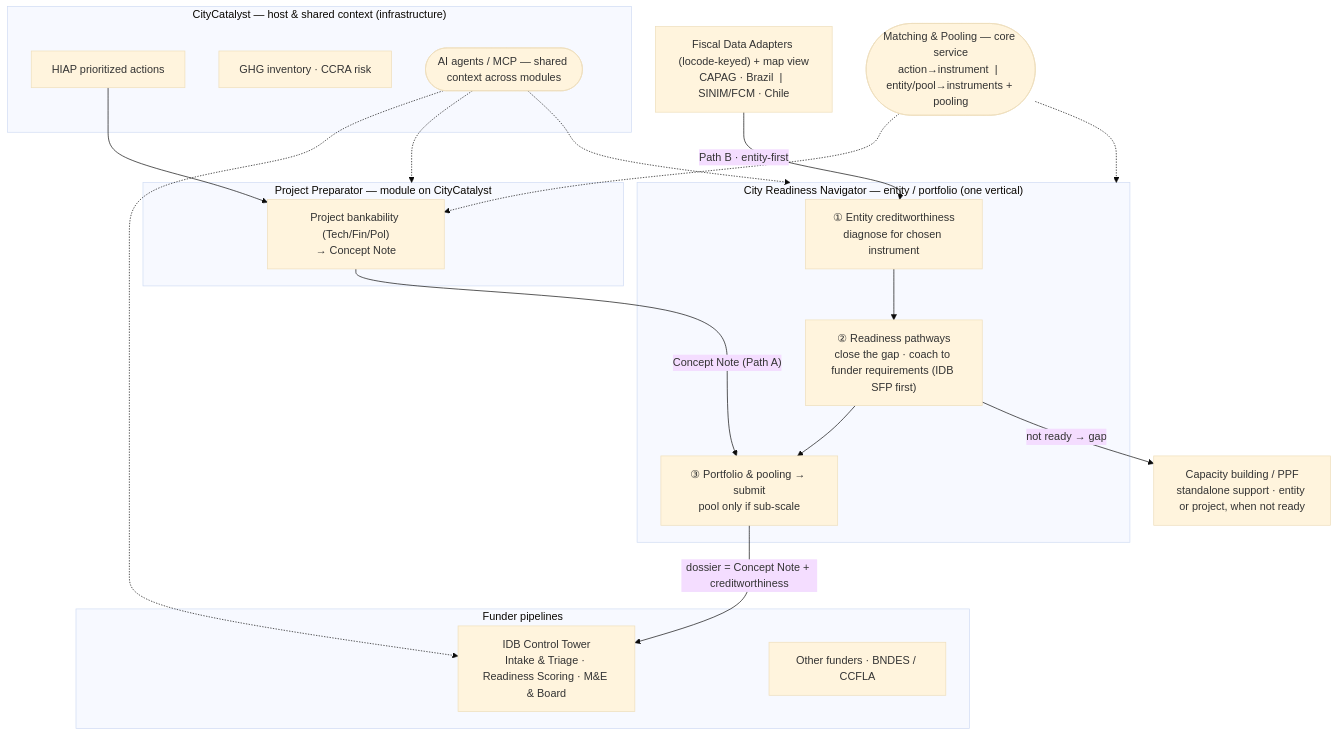
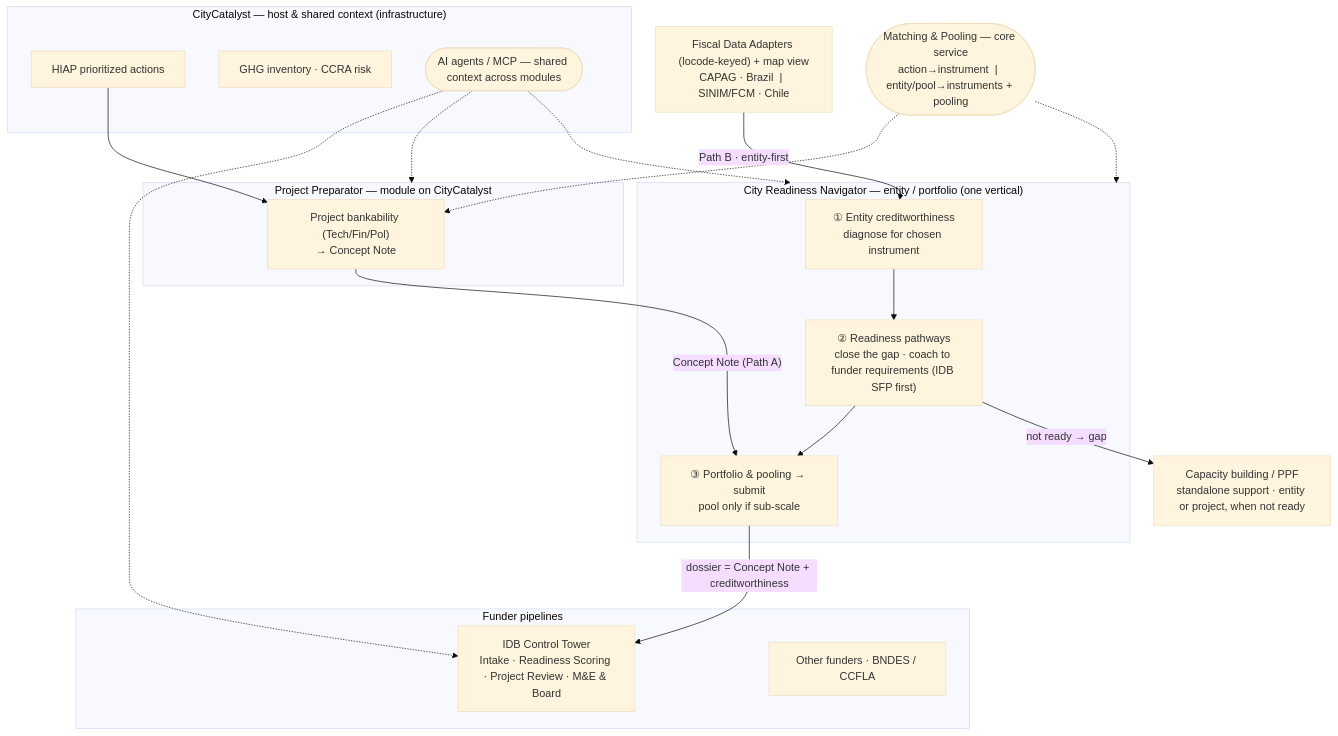
One commit to Open-Earth-Foundation/hackdays changed the diagram in events/2026-06-11-unlock-the-money/justagiraffe/INTEGRATED-ARCHITECTURE.md. Above: the diagram before and after it, drawn with Mermaid (base theme). The commit also changed other lines of this file and 12 other files, not shown here.

````diff
--- a/events/2026-06-11-unlock-the-money/justagiraffe/INTEGRATED-ARCHITECTURE.md
+++ b/events/2026-06-11-unlock-the-money/justagiraffe/INTEGRATED-ARCHITECTURE.md
@@ -130,41 +131,41 @@
 ```mermaid
 flowchart TB
   subgraph CC["CityCatalyst — host & shared context (infrastructure)"]
     HIAP["HIAP prioritized actions"]
     INV["GHG inventory · CCRA risk"]
     AGENT(["AI agents / MCP — shared context across modules"])
   end
 
   subgraph PREPM["Project Preparator — module on CityCatalyst"]
     PREP["Project bankability (Tech/Fin/Pol)<br/>→ Concept Note"]
   end
 
   DATA["Fiscal Data Adapters (locode-keyed) + map view<br/>CAPAG · Brazil &nbsp;|&nbsp; SINIM/FCM · Chile"]
 
   MATCH(["Matching &amp; Pooling — core service<br/>action→instrument &nbsp;|&nbsp; entity/pool→instruments + pooling"])
 
   subgraph NAV["City Readiness Navigator — entity / portfolio (one vertical)"]
     N1["① Entity creditworthiness<br/>diagnose for chosen instrument"]
     N2["② Readiness pathways<br/>close the gap · coach to funder requirements (IDB SFP first)"]
     N3["③ Portfolio &amp; pooling → submit<br/>pool only if sub-scale"]
     N1 --> N2 --> N3
   end
 
   CAP["Capacity building / PPF<br/>standalone support · entity or project, when not ready"]
 
   subgraph FUND["Funder pipelines"]
-    IDB["IDB Control Tower<br/>Intake &amp; Triage · Readiness Scoring · M&amp;E &amp; Board"]
+    IDB["IDB Control Tower<br/>Intake · Readiness Scoring · Project Review · M&amp;E &amp; Board"]
     OTHER["Other funders · BNDES / CCFLA"]
   end
 
   HIAP --> PREP
   PREP -- "Concept Note (Path A)" --> N3
   DATA -- "Path B · entity-first" --> N1
   N2 -- "not ready → gap" --> CAP
   MATCH -.-> PREP
   MATCH -.-> NAV
   N3 -- "dossier = Concept Note + creditworthiness" --> IDB
   AGENT -.-> PREPM
   AGENT -.-> NAV
   AGENT -.-> IDB
 ```
````
